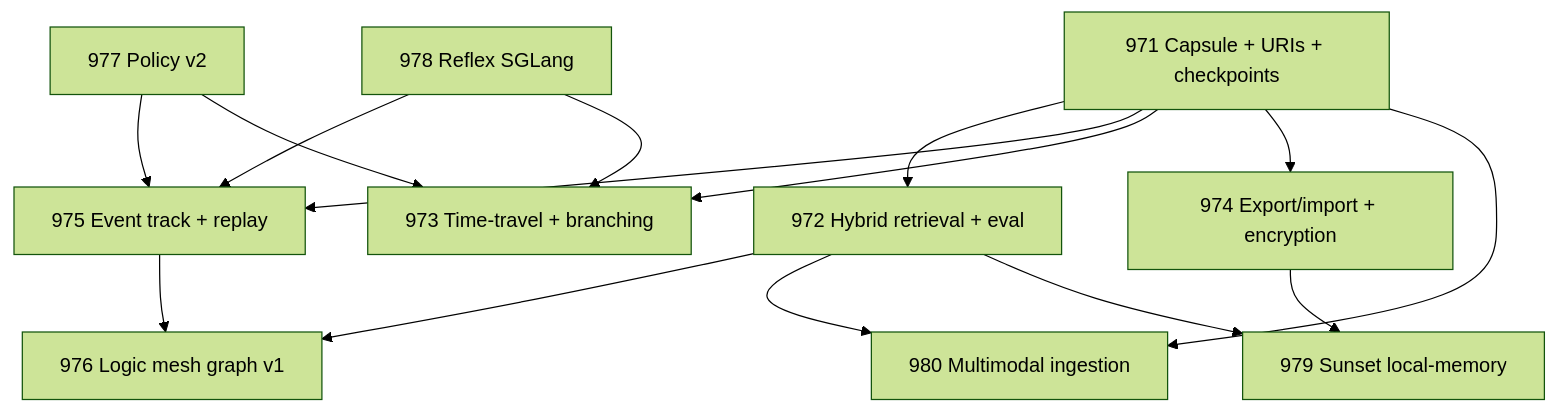
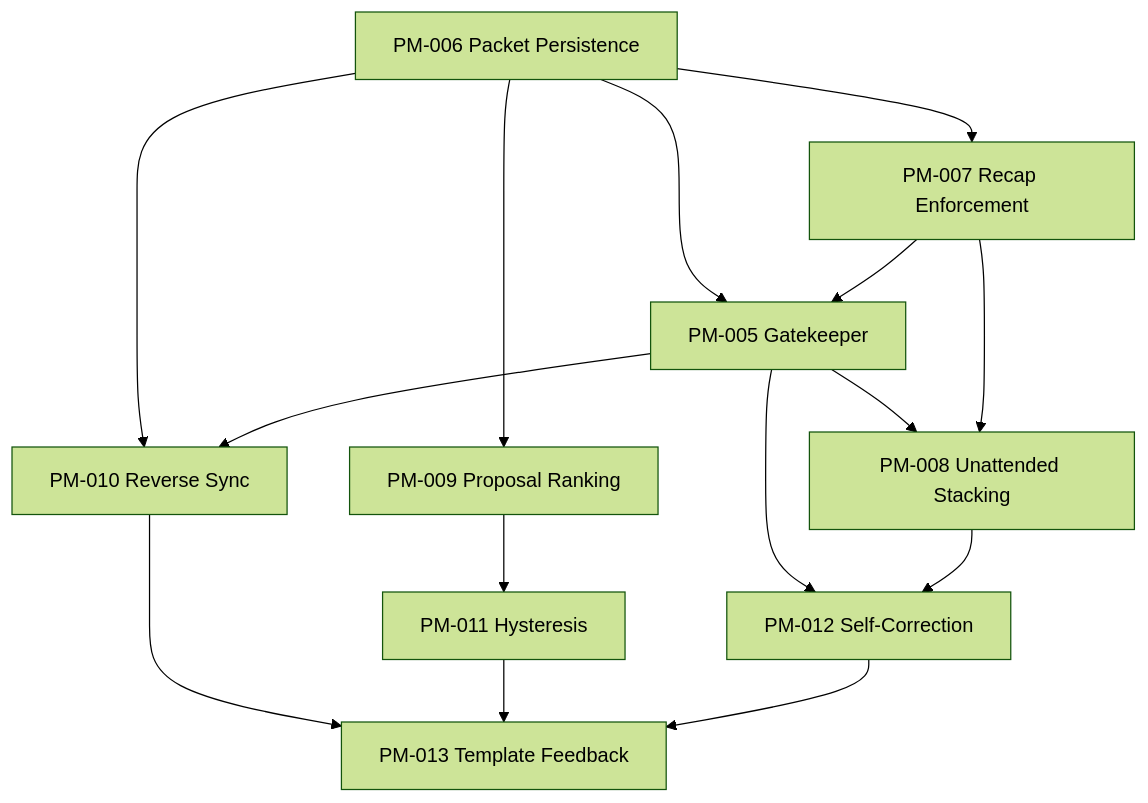
Before and after one commit to theturtlecsz/code: the diagram in docs/PROGRAM.md, drawn with Mermaid (forest theme). The commit also changed other lines of this file and 31 other files, not shown here.

Commit message:
docs(program): reconcile roadmap with vision and ADR-005-012

````diff
--- a/docs/PROGRAM.md
+++ b/docs/PROGRAM.md
@@ -71,17 +66,17 @@
 ```mermaid
 graph TD
-  S971[971 Capsule + URIs + checkpoints] --> S972[972 Hybrid retrieval + eval]
-  S971 --> S975[975 Event track + replay]
-  S971 --> S973[973 Time-travel + branching]
-  S971 --> S974[974 Export/import + encryption]
-  S972 --> S976[976 Logic mesh graph v1]
-  S975 --> S976
-  S977[977 Policy v2] --> S975
-  S977 --> S973
-  S978[978 Reflex SGLang] --> S975
-  S978 --> S973
-  S972 --> S980[980 Multimodal ingestion]
-  S971 --> S980
-  S972 --> S979[979 Sunset local-memory]
-  S974 --> S979
+  PM006[PM-006 Packet Persistence] --> PM007[PM-007 Recap Enforcement]
+  PM006 --> PM005[PM-005 Gatekeeper]
+  PM007 --> PM005
+  PM005 --> PM008[PM-008 Unattended Stacking]
+  PM007 --> PM008
+  PM006 --> PM009[PM-009 Proposal Ranking]
+  PM006 --> PM010[PM-010 Reverse Sync]
+  PM005 --> PM010
+  PM009 --> PM011[PM-011 Hysteresis]
+  PM005 --> PM012[PM-012 Self-Correction]
+  PM008 --> PM012
+  PM010 --> PM013[PM-013 Template Feedback]
+  PM011 --> PM013
+  PM012 --> PM013
 ```
````
